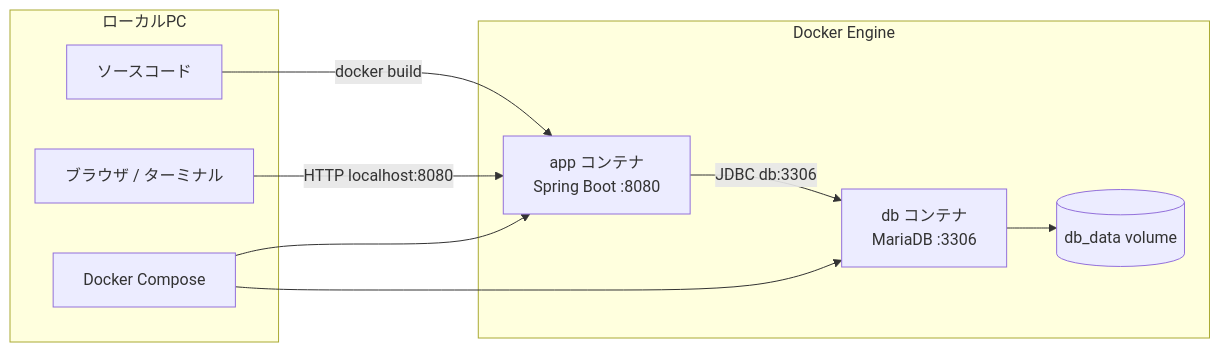
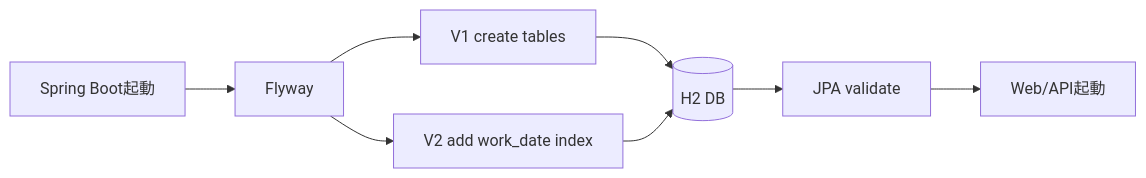
One commit to kiyomiya38/order-management-springboot changed the first of 3 diagrams in docs/curriculum/springboot/lesson07/lesson7.md. Above: the diagram before and after it, drawn with Mermaid. The commit also changed other lines of this file and 82 other files, not shown here.

````diff
--- a/docs/curriculum/springboot/lesson07/lesson7.md
+++ b/docs/curriculum/springboot/lesson07/lesson7.md
@@ -25,21 +26,10 @@
 ```mermaid
 flowchart LR
-  subgraph HOST[ローカルPC]
-    DEV[ブラウザ / ターミナル]
-    SRC[ソースコード]
-    DC[Docker Compose]
-  end
-
-  subgraph DOCKER[Docker Engine]
-    APP[app コンテナ\nSpring Boot :8080]
-    DB[db コンテナ\nMariaDB :3306]
-    VOL[(db_data volume)]
-  end
-
-  SRC -->|docker build| APP
-  DEV -->|HTTP localhost:8080| APP
-  APP -->|JDBC db:3306| DB
-  DB --> VOL
-  DC --> APP
-  DC --> DB
+  APP[Spring Boot起動] --> FLY[Flyway]
+  FLY --> V1[V1 create tables]
+  FLY --> V2[V2 add work_date index]
+  V1 --> DB[(H2 DB)]
+  V2 --> DB
+  DB --> JPA[JPA validate]
+  JPA --> WEB[Web/API起動]
 ```
````
